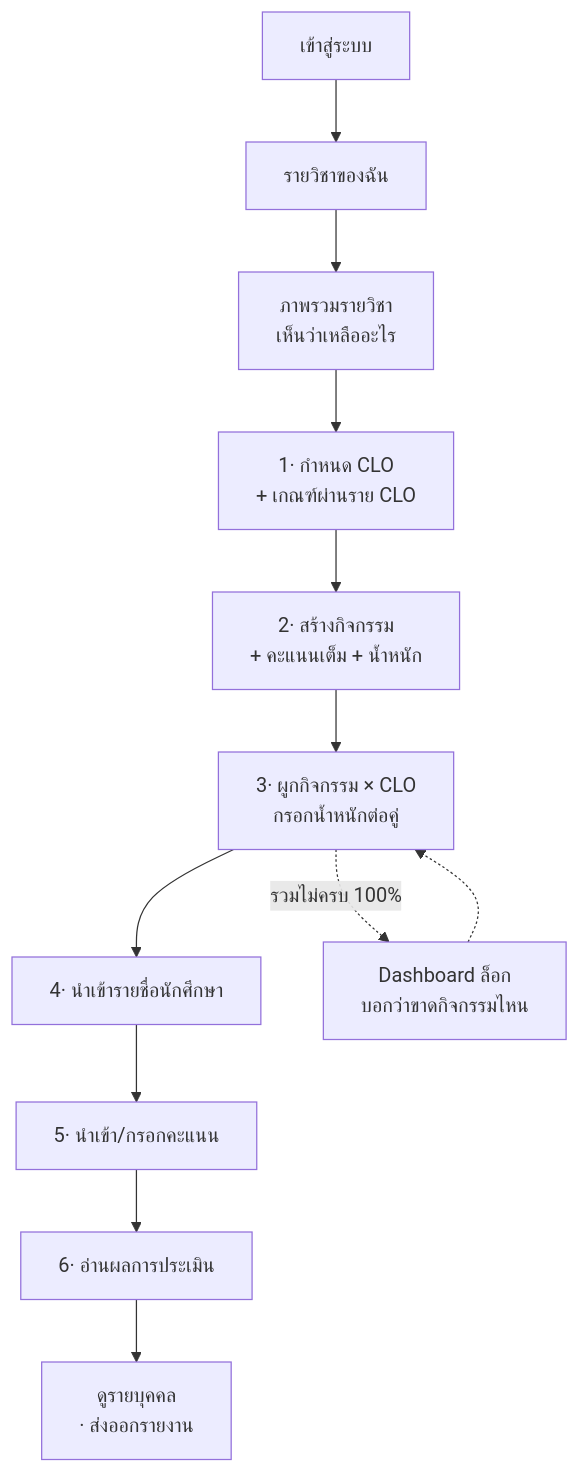
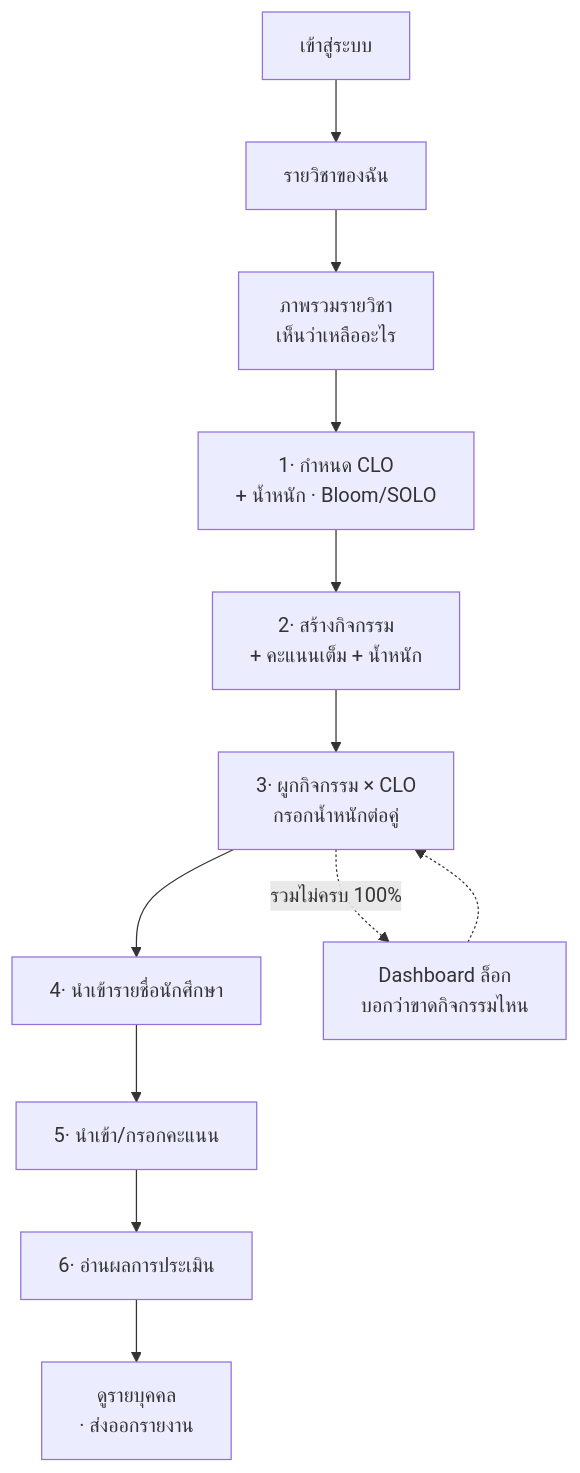
One commit to SIET-KMITL-INCEPTIO/CMAS-CLO changed the third of 6 diagrams in docs/markdown/dev/ux/user-flow.md. Above: the diagram before and after it, drawn with Mermaid. The commit also changed other lines of this file and 37 other files, not shown here.

First line of the commit message:
Refactor UML and ER diagrams for improved accuracy and clarity

````diff
--- a/docs/markdown/dev/ux/user-flow.md
+++ b/docs/markdown/dev/ux/user-flow.md
@@ -150,16 +158,16 @@
 ```mermaid
 flowchart TD
     I1["เข้าสู่ระบบ"] --> I2["รายวิชาของฉัน"]
     I2 --> I3["ภาพรวมรายวิชา<br/>เห็นว่าเหลืออะไร"]
 
-    I3 --> S1["1· กำหนด CLO<br/>+ เกณฑ์ผ่านราย CLO"]
+    I3 --> S1["1· กำหนด CLO<br/>+ น้ำหนัก · Bloom/SOLO"]
     S1 --> S2["2· สร้างกิจกรรม<br/>+ คะแนนเต็ม + น้ำหนัก"]
     S2 --> S3["3· ผูกกิจกรรม × CLO<br/>กรอกน้ำหนักต่อคู่"]
     S3 --> S4["4· นำเข้ารายชื่อนักศึกษา"]
     S4 --> S5["5· นำเข้า/กรอกคะแนน"]
     S5 --> S6["6· อ่านผลการประเมิน"]
     S6 --> S7["ดูรายบุคคล<br/>· ส่งออกรายงาน"]
 
     S3 -.->|"รวมไม่ครบ 100%"| BLOCK["Dashboard ล็อก<br/>บอกว่าขาดกิจกรรมไหน"]
     BLOCK -.-> S3
 ```
````
